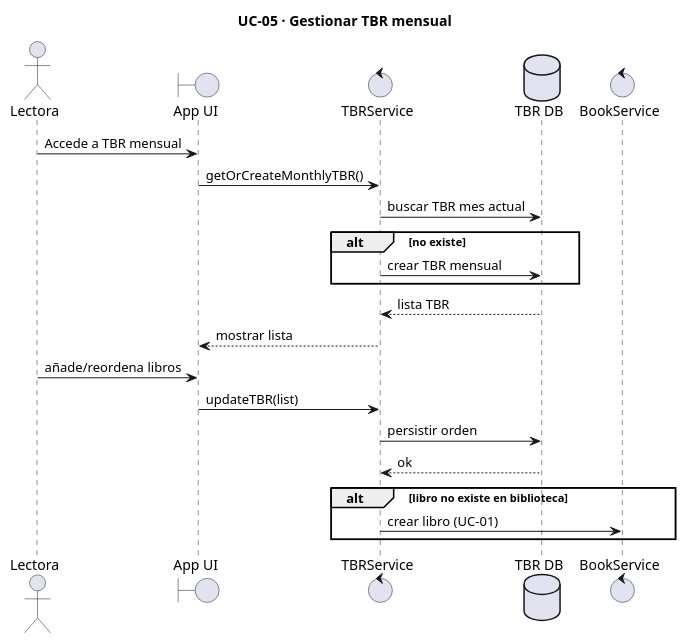
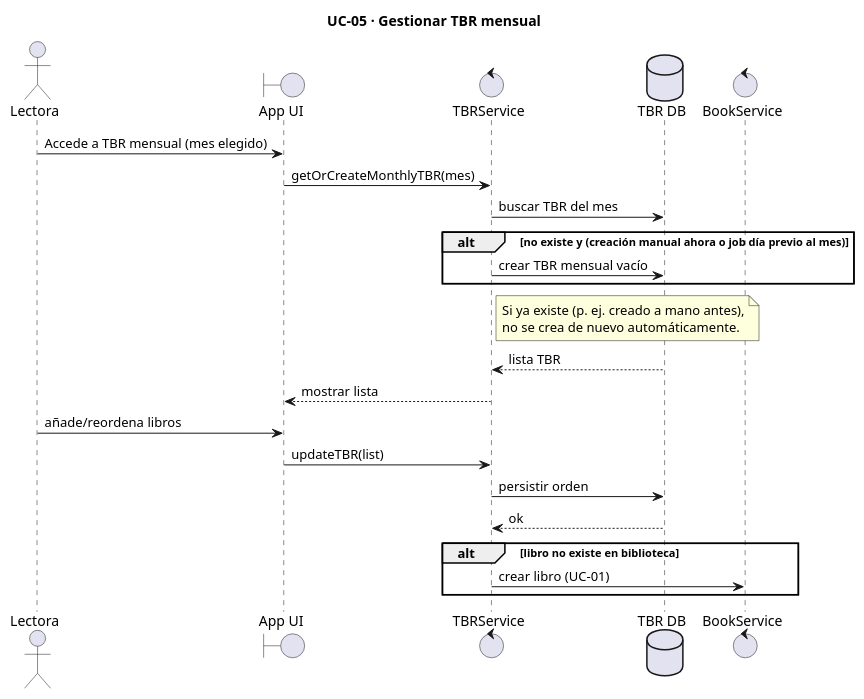
The fifth of 10 diagrams in documents/use-cases.md (CeliaMerino/AI4Devs-finalproject), drawn with PlantUML before and after one commit. The commit also changed other lines of this file, not shown here.

First line of the commit message:
docs(use-cases): refinar UC-05 gestión TBR mensual

````diff
--- a/documents/use-cases.md
+++ b/documents/use-cases.md
@@ -471,37 +478,42 @@
 ```plantuml
 @startuml
 title UC-05 · Gestionar TBR mensual
 
 skinparam shadowing false
 
 actor Lectora as U
 boundary "App UI" as UI
 control "TBRService" as TS
 database "TBR DB" as DB
 control "BookService" as BS
 
-U -> UI : Accede a TBR mensual
-UI -> TS : getOrCreateMonthlyTBR()
+U -> UI : Accede a TBR mensual (mes elegido)
+UI -> TS : getOrCreateMonthlyTBR(mes)
 
-TS -> DB : buscar TBR mes actual
+TS -> DB : buscar TBR del mes
 
-alt no existe
-  TS -> DB : crear TBR mensual
+alt no existe y (creación manual ahora o job día previo al mes)
+  TS -> DB : crear TBR mensual vacío
 end
+
+note right of TS
+  Si ya existe (p. ej. creado a mano antes),
+  no se crea de nuevo automáticamente.
+end note
 
 DB --> TS : lista TBR
 
 TS --> UI : mostrar lista
 
 U -> UI : añade/reordena libros
 UI -> TS : updateTBR(list)
 
 TS -> DB : persistir orden
 DB --> TS : ok
 
 alt libro no existe en biblioteca
   TS -> BS : crear libro (UC-01)
 end
 
 @enduml
 ```
````
